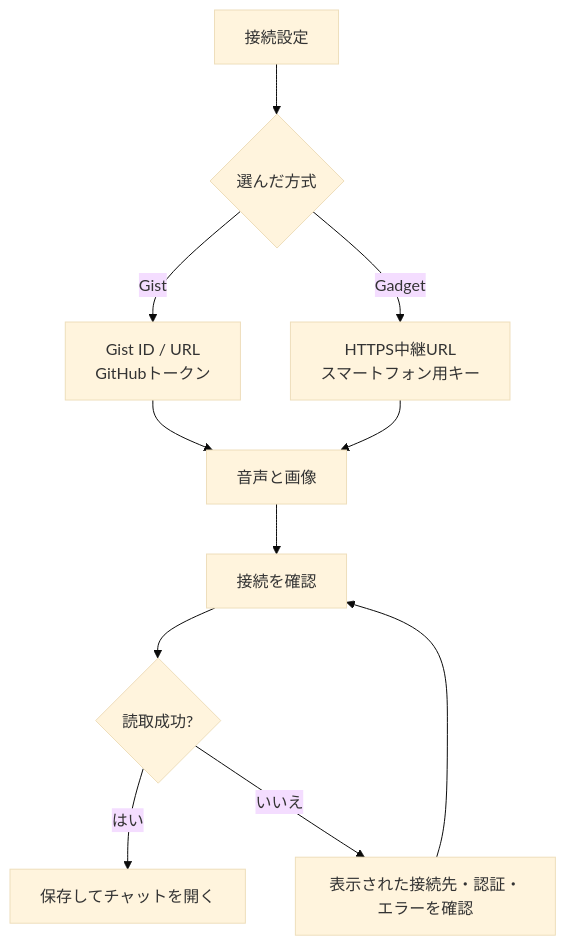
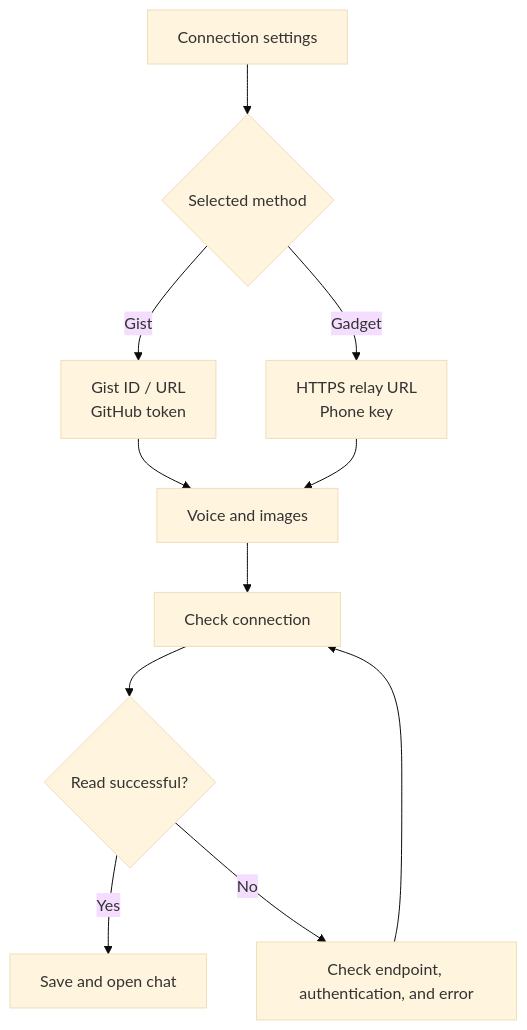
Before and after one commit to 3mintimer/muse-relay: the second of 3 diagrams in docs/relay-setup.md, drawn with Mermaid (base theme). The commit also changed other lines of this file and 49 other files, not shown here.

````diff
--- a/docs/relay-setup.md
+++ b/docs/relay-setup.md
@@ -143,13 +145,13 @@
 ```mermaid
 flowchart TD
-  A[接続設定] --> B{選んだ方式}
-  B -->|Gist| C[Gist ID / URL<br/>GitHubトークン]
-  B -->|Gadget| D[HTTPS中継URL<br/>スマートフォン用キー]
-  C --> E[音声と画像]
+  A[Connection settings] --> B{Selected method}
+  B -->|Gist| C[Gist ID / URL<br/>GitHub token]
+  B -->|Gadget| D[HTTPS relay URL<br/>Phone key]
+  C --> E[Voice and images]
   D --> E
-  E --> F[接続を確認]
-  F --> G{読取成功?}
-  G -->|はい| H[保存してチャットを開く]
-  G -->|いいえ| I[表示された接続先・認証・エラーを確認]
+  E --> F[Check connection]
+  F --> G{Read successful?}
+  G -->|Yes| H[Save and open chat]
+  G -->|No| I[Check endpoint, authentication, and error]
   I --> F
 ```
````
